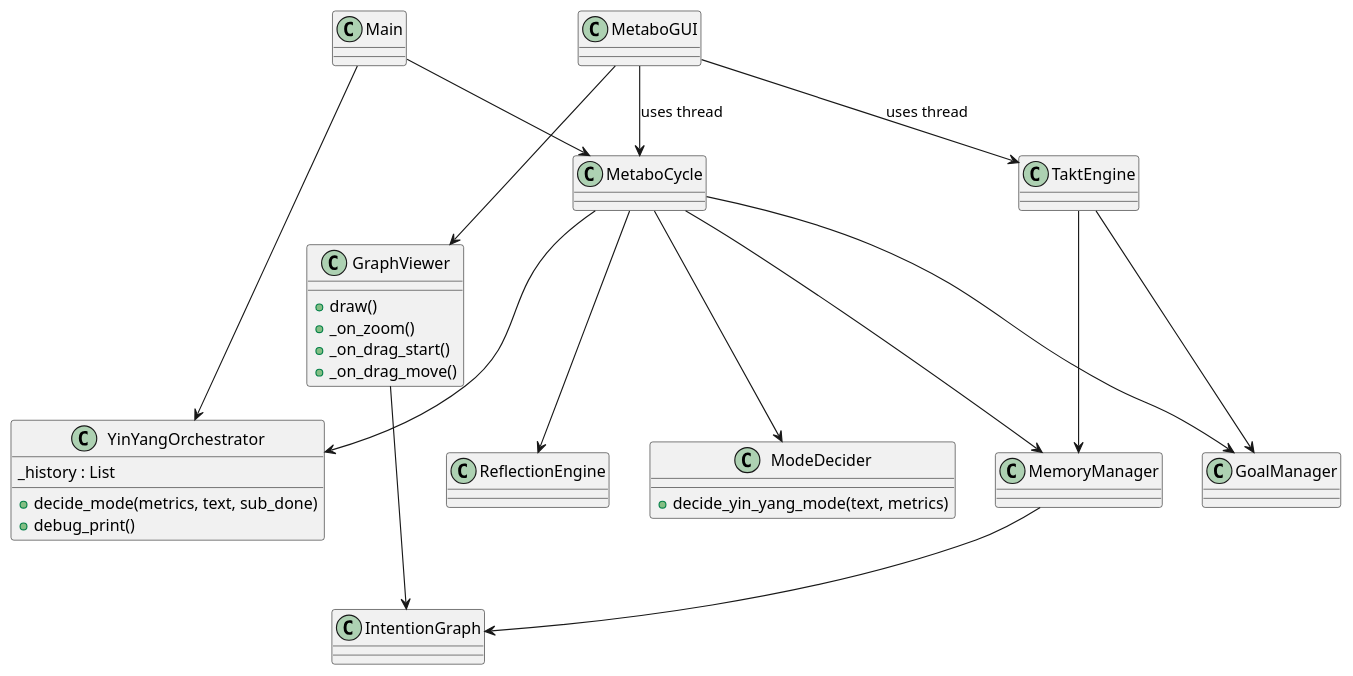
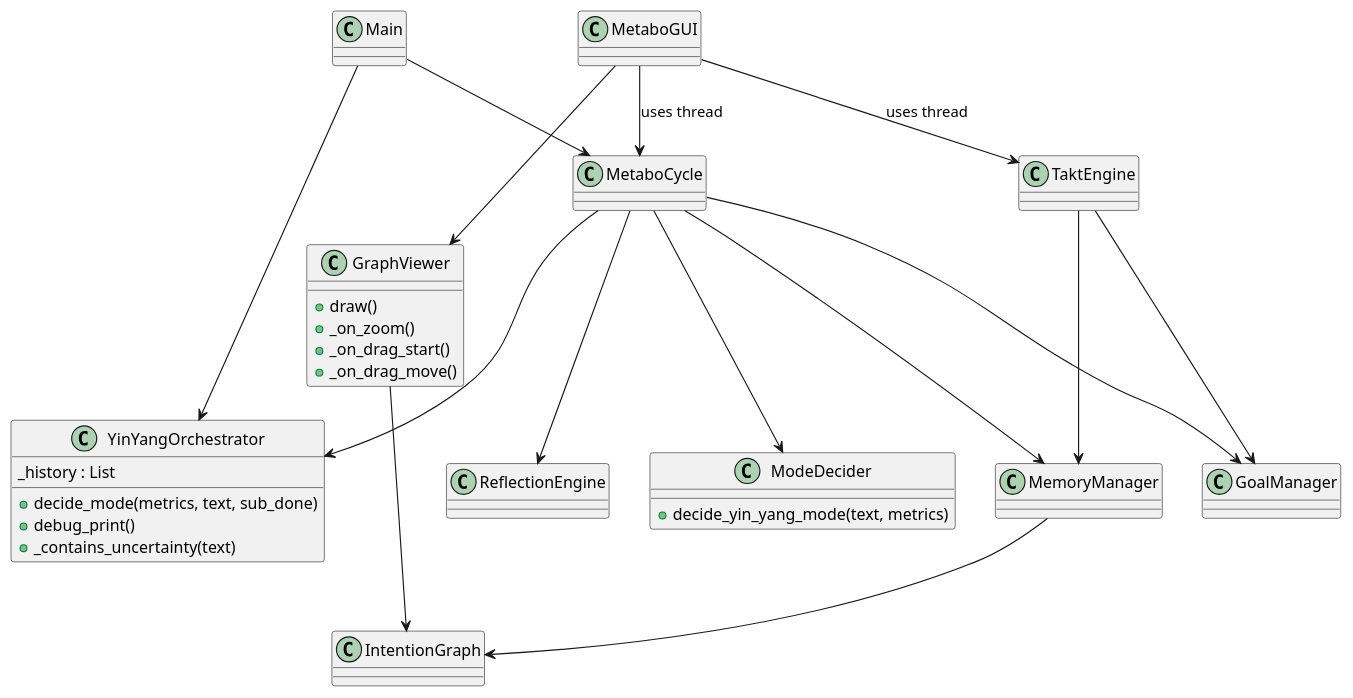
Before and after one commit to marcusreimold/MetaboMind: the diagram in doc/diagrams/class_diagram.puml, drawn with PlantUML. The commit also changed 3 other files, not shown here.

```diff
--- a/doc/diagrams/class_diagram.puml
+++ b/doc/diagrams/class_diagram.puml
@@ -1,36 +1,37 @@
 @startuml
 '/' Updated after adding requirements.txt
 class Main
 class MetaboCycle
 class GoalManager
 class MemoryManager
 class IntentionGraph
 class ReflectionEngine
 class TaktEngine
 class YinYangOrchestrator
 class ModeDecider
 class MetaboGUI
 class GraphViewer
 GraphViewer : +draw()
 GraphViewer : +_on_zoom()
 GraphViewer : +_on_drag_start()
 GraphViewer : +_on_drag_move()
 YinYangOrchestrator : +decide_mode(metrics, text, sub_done)
 YinYangOrchestrator : +debug_print()
 YinYangOrchestrator : _history : List
+YinYangOrchestrator : +_contains_uncertainty(text)
 ModeDecider : +decide_yin_yang_mode(text, metrics)
 Main --> MetaboCycle
 MetaboCycle --> GoalManager
 MetaboCycle --> MemoryManager
 MetaboCycle --> ReflectionEngine
 MetaboCycle --> YinYangOrchestrator
 MetaboCycle --> ModeDecider
 MemoryManager --> IntentionGraph
 TaktEngine --> MemoryManager
 TaktEngine --> GoalManager
 Main --> YinYangOrchestrator
 MetaboGUI --> MetaboCycle : uses thread
 MetaboGUI --> TaktEngine : uses thread
 MetaboGUI --> GraphViewer
 GraphViewer --> IntentionGraph
 @enduml
```
